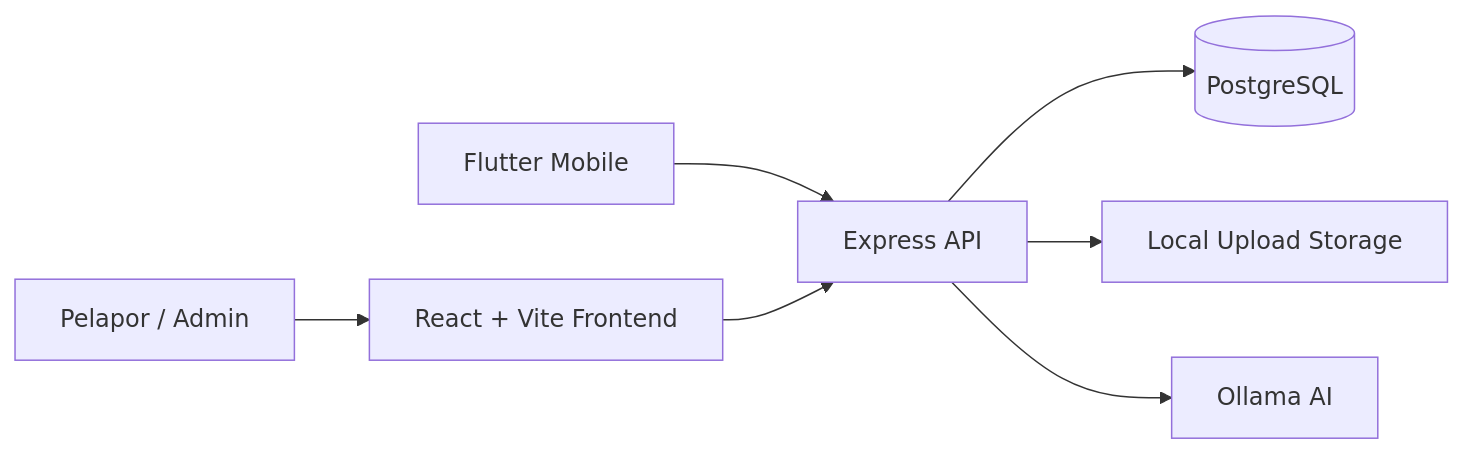
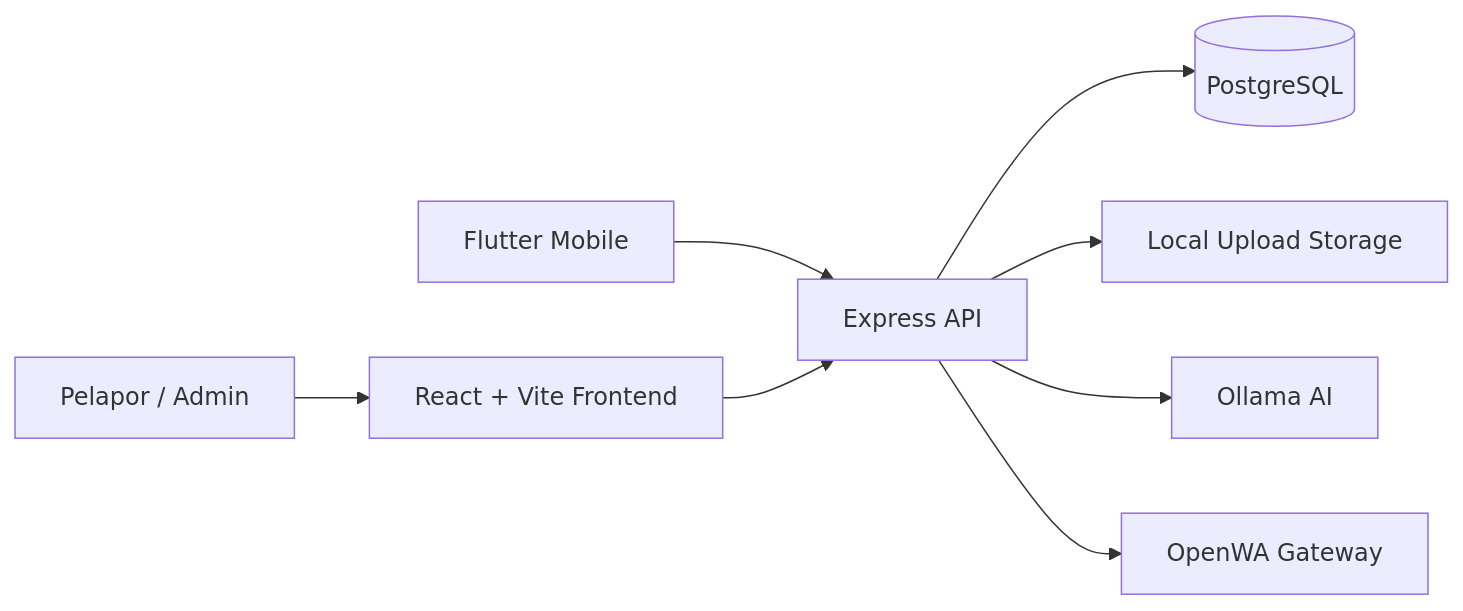
The diagram in arsitektur.md (Budiwardani/OCC), drawn with Mermaid before and after one commit. The commit also changed other lines of this file and 12 other files, not shown here.

````diff
--- a/arsitektur.md
+++ b/arsitektur.md
@@ -5,9 +5,10 @@
 ```mermaid
 flowchart LR
     U[Pelapor / Admin] --> F[React + Vite Frontend]
     M[Flutter Mobile] --> B[Express API]
     F --> B[Express API]
     B --> P[(PostgreSQL)]
     B --> S[Local Upload Storage]
     B --> O[Ollama AI]
+    B --> W[OpenWA Gateway]
 ```
````
